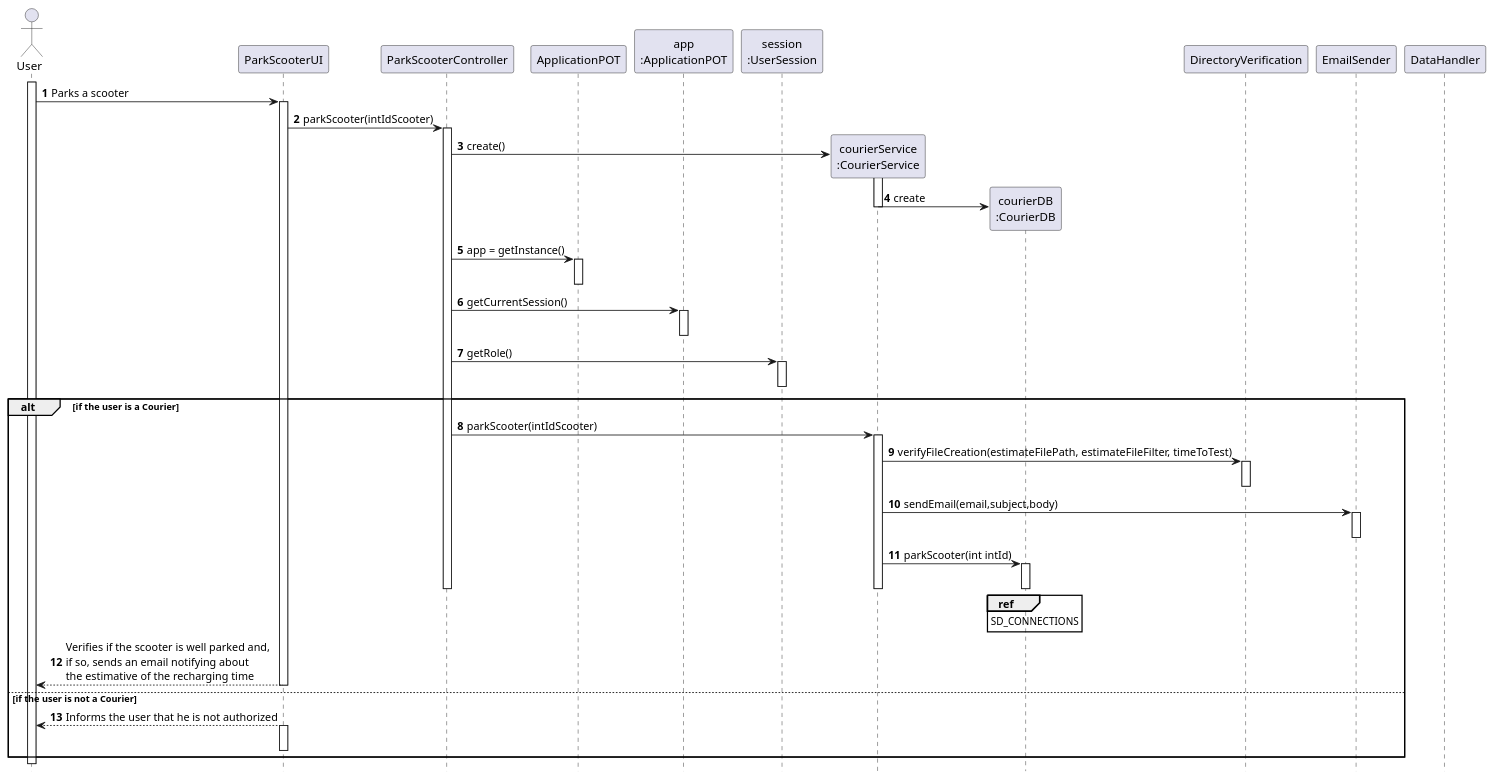
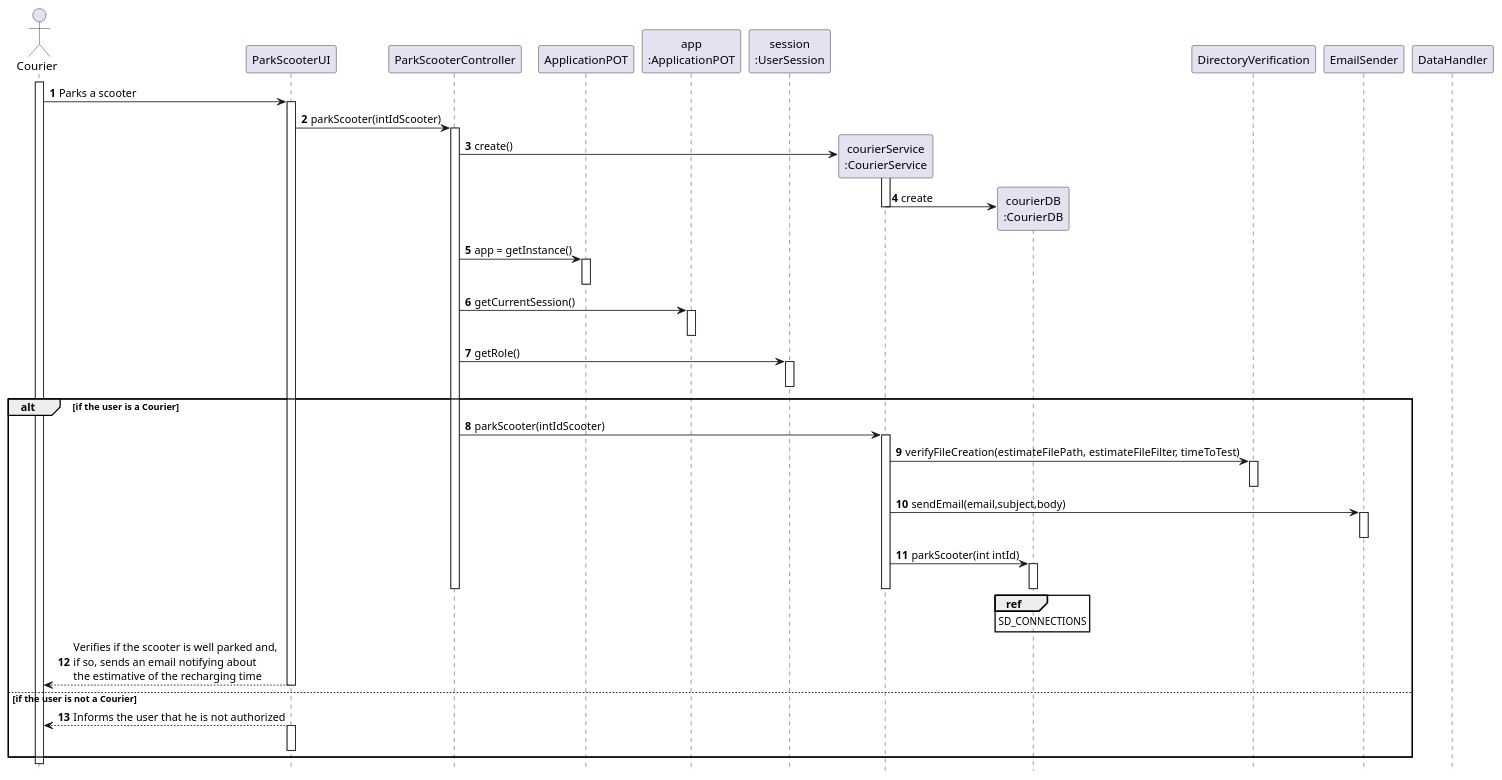
One commit to tiagoavcosta25/LAPR3 changed the diagram in docs/Iteration 3/Scooter Management/US289_SplitChargingCapacity/US289_SD.puml. Above: the diagram before and after it, drawn with PlantUML.

Commit message:
LAPR2AP2-300 #fixing SplitChargingCapacity [Design]

```diff
--- a/docs/Iteration 3/Scooter Management/US289_SplitChargingCapacity/US289_SD.puml
+++ b/docs/Iteration 3/Scooter Management/US289_SplitChargingCapacity/US289_SD.puml
@@ -1,80 +1,80 @@
 @startuml
 autonumber
 hide footbox
 
-actor "User" as U
+actor "Courier" as U
 
 participant "ParkScooterUI" as UI
 participant "ParkScooterController" as CTRL
 participant "ApplicationPOT" as _APP
 participant "app\n:ApplicationPOT" as APP
 participant "session\n:UserSession" as SESSION
 
 participant "courierService\n:CourierService" as US
 participant "courierDB\n:CourierDB" as UREG
 participant "DirectoryVerification" as VER
 participant "EmailSender" as ESENDER
 
 
 
 participant "DataHandler" as DH
 
 activate U
 
 U -> UI : Parks a scooter
 activate UI
 UI -> CTRL : parkScooter(intIdScooter)
 activate CTRL
 CTRL -> US** : create()
 activate US
 US -> UREG** : create
 deactivate US
 CTRL -> _APP: app = getInstance()
 activate _APP
 deactivate _APP
 
 CTRL -> APP : getCurrentSession()
 activate APP
 deactivate APP
 
 CTRL -> SESSION : getRole()
 activate SESSION
 deactivate SESSION
 
 alt if the user is a Courier
 CTRL -> US : parkScooter(intIdScooter)
 activate US
 
 US -> VER : verifyFileCreation(estimateFilePath, estimateFileFilter, timeToTest)
 activate VER
 
 deactivate VER
 
 US -> ESENDER : sendEmail(email,subject,body)
 activate ESENDER
 deactivate ESENDER
 
 US -> UREG : parkScooter(int intId)
 activate UREG
 ref over UREG
 SD_CONNECTIONS
 end ref
 deactivate UREG
 deactivate US
 
 
 
 deactivate CTRL
 UI --> U : Verifies if the scooter is well parked and,\nif so, sends an email notifying about\nthe estimative of the recharging time
 deactivate UI
 else if the user is not a Courier
 
 UI --> U : Informs the user that he is not authorized
 activate UI
 deactivate UI
 
 end if
 
 
 
 @enduml
```
